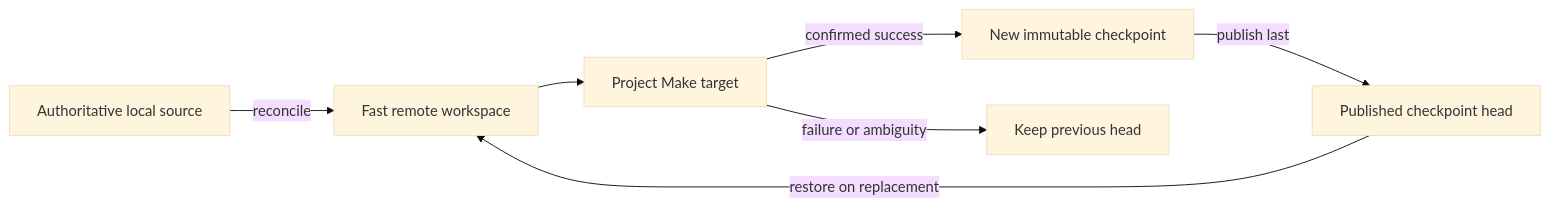
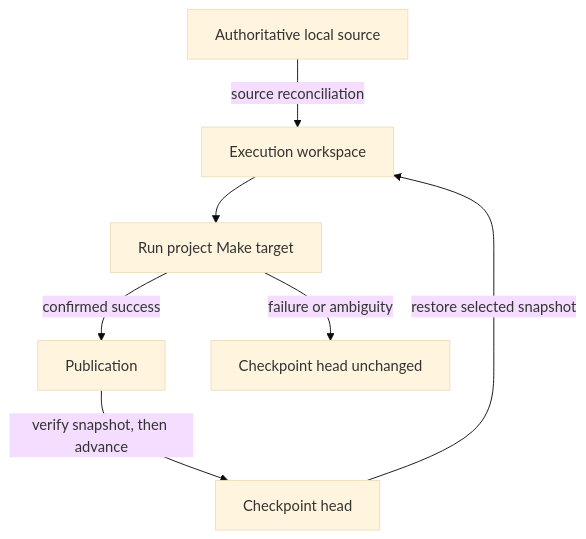
One commit to jianwen-zhu/cloudmake changed the diagram in docs/workspace-persistence-landscape.md. Above: the diagram before and after it, drawn with Mermaid (base theme). The commit also changed other lines of this file and 42 other files, not shown here.

````diff
--- a/docs/workspace-persistence-landscape.md
+++ b/docs/workspace-persistence-landscape.md
@@ -50,9 +96,9 @@
 ```mermaid
-flowchart LR
-    S[Authoritative local source] -->|reconcile| W[Fast remote workspace]
-    H[Published checkpoint head] -->|restore on replacement| W
-    W --> M[Project Make target]
-    M -->|confirmed success| N[New immutable checkpoint]
-    N -->|publish last| H
-    M -->|failure or ambiguity| K[Keep previous head]
+flowchart TB
+    L[Authoritative local source] -->|source reconciliation| W[Execution workspace]
+    H[Checkpoint head] -->|restore selected snapshot| W
+    W --> M[Run project Make target]
+    M -->|confirmed success| P[Publication]
+    M -->|failure or ambiguity| K[Checkpoint head unchanged]
+    P -->|verify snapshot, then advance| H
 ```
````
